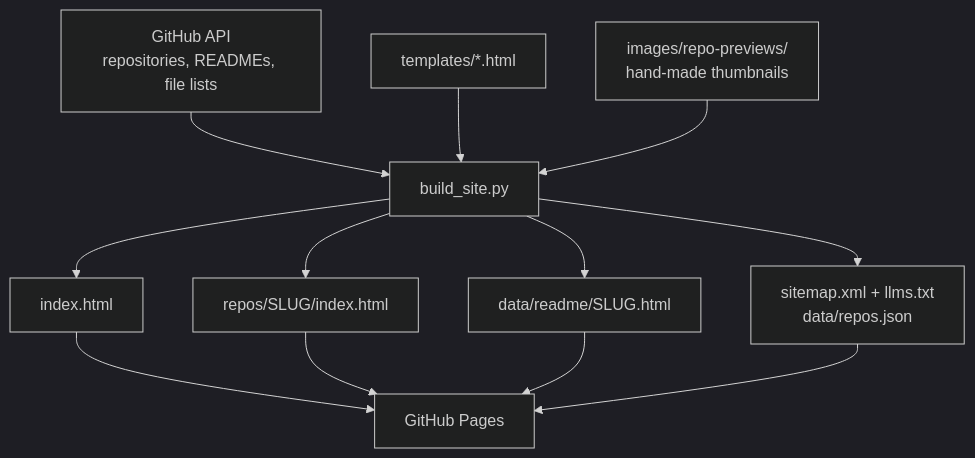
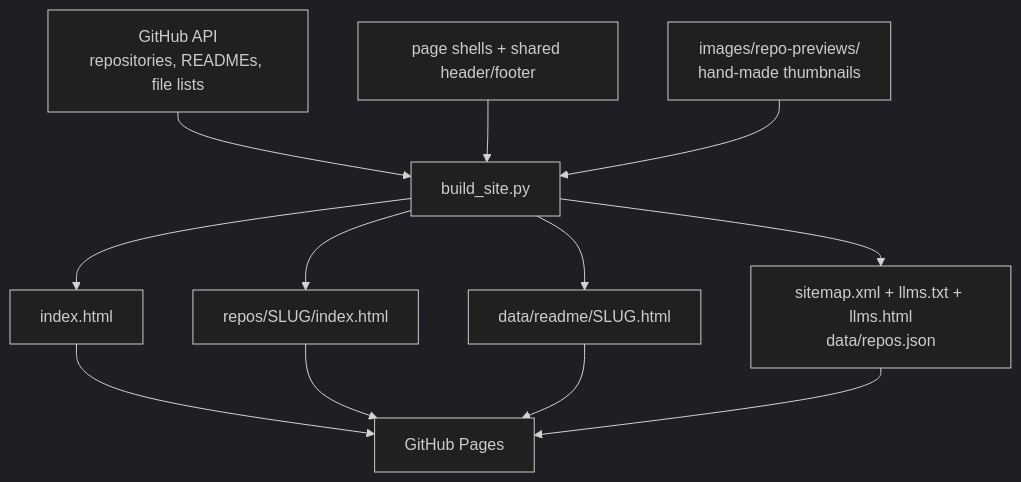
The diagram in docs/architecture.md (DepressionCenter/DepressionCenter.github.io), drawn with Mermaid (dark theme) before and after one commit. The commit also changed other lines of this file and 45 other files, not shown here.

````diff
--- a/docs/architecture.md
+++ b/docs/architecture.md
@@ -51,14 +54,14 @@
 ```mermaid
 flowchart TD
     A[GitHub API<br/>repositories, READMEs, file lists] --> B[build_site.py]
-    C[templates/*.html] --> B
+    C[page shells + shared header/footer] --> B
     D[images/repo-previews/<br/>hand-made thumbnails] --> B
     B --> E[index.html]
     B --> F[repos/SLUG/index.html]
     B --> G[data/readme/SLUG.html]
-    B --> H[sitemap.xml + llms.txt<br/>data/repos.json]
+    B --> H[sitemap.xml + llms.txt + llms.html<br/>data/repos.json]
     E --> I[GitHub Pages]
     F --> I
     G --> I
     H --> I
 ```
````
